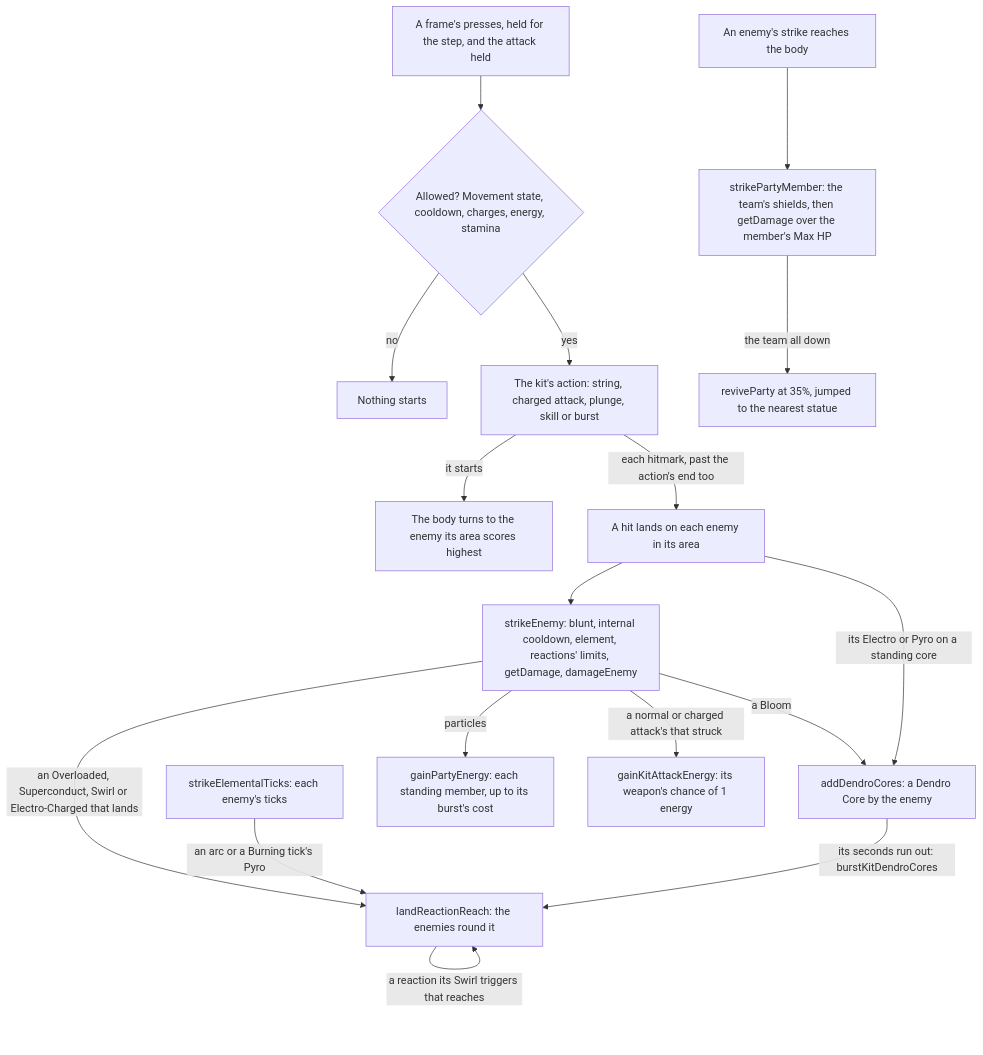
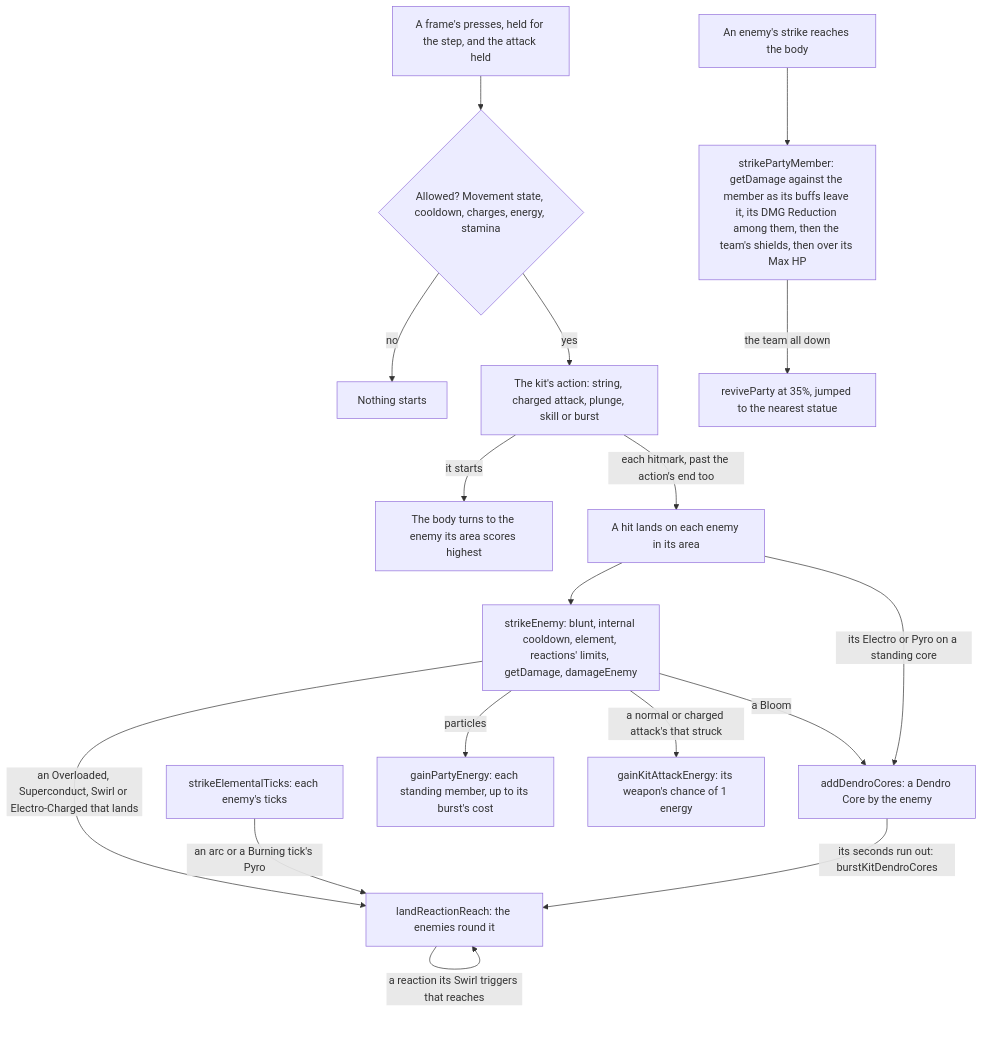
One commit to Esposter/Esposter changed the second of 2 diagrams in openspec/specs/genshin/combat/design.md. Above: the diagram before and after it, drawn with Mermaid. The commit also changed other lines of this file and 10 other files, not shown here.

First line of the commit message:
feat(genshin): a party member's DMG Reduction lowers an enemy's strike on it

````diff
--- a/openspec/specs/genshin/combat/design.md
+++ b/openspec/specs/genshin/combat/design.md
@@ -137,19 +137,19 @@
 ```mermaid
 flowchart TD
   PRESS["A frame's presses, held for the step, and the attack held"] --> GATE{"Allowed? Movement state, cooldown, charges, energy, stamina"}
   GATE -->|"no"| IDLE["Nothing starts"]
   GATE -->|"yes"| ACTION["The kit's action: string, charged attack, plunge, skill or burst"]
   ACTION -->|"it starts"| AIM["The body turns to the enemy its area scores highest"]
   ACTION -->|"each hitmark, past the action's end too"| HIT["A hit lands on each enemy in its area"]
   HIT --> STRIKE["strikeEnemy: blunt, internal cooldown, element, reactions' limits, getDamage, damageEnemy"]
   STRIKE -->|"an Overloaded, Superconduct, Swirl or Electro-Charged that lands"| REACH["landReactionReach: the enemies round it"]
   REACH -->|"a reaction its Swirl triggers that reaches"| REACH
   TICKS["strikeElementalTicks: each enemy's ticks"] -->|"an arc or a Burning tick's Pyro"| REACH
   STRIKE -->|"a Bloom"| CORE["addDendroCores: a Dendro Core by the enemy"]
   HIT -->|"its Electro or Pyro on a standing core"| CORE
   CORE -->|"its seconds run out: burstKitDendroCores"| REACH
   STRIKE -->|"particles"| ENERGY["gainPartyEnergy: each standing member, up to its burst's cost"]
   STRIKE -->|"a normal or charged attack's that struck"| ATTACK_ENERGY["gainKitAttackEnergy: its weapon's chance of 1 energy"]
-  ENEMY["An enemy's strike reaches the body"] --> HURT["strikePartyMember: the team's shields, then getDamage over the member's Max HP"]
+  ENEMY["An enemy's strike reaches the body"] --> HURT["strikePartyMember: getDamage against the member as its buffs leave it, its DMG Reduction among them, then the team's shields, then over its Max HP"]
   HURT -->|"the team all down"| RESPAWN["reviveParty at 35%, jumped to the nearest statue"]
 ```
````
